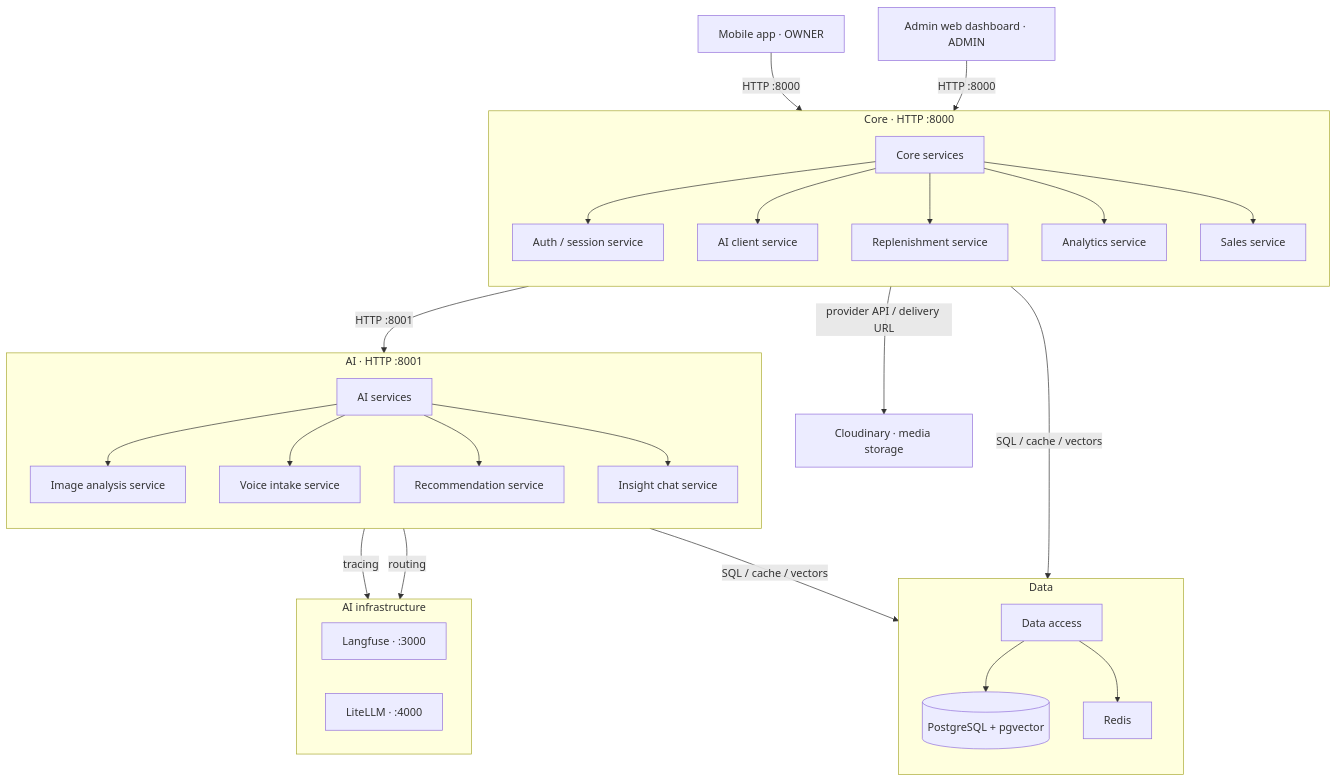
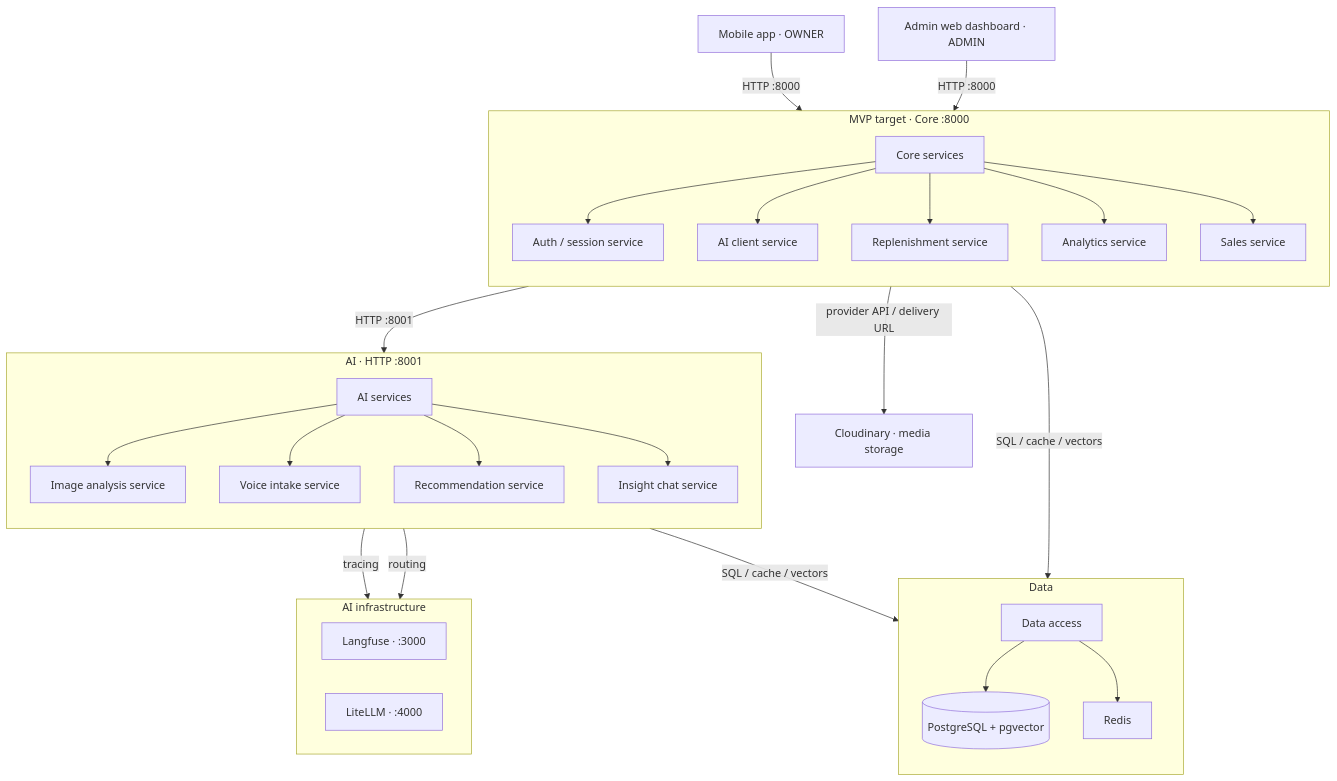
Before and after one commit to miphu2804/smart-ledger: the diagram in docs/architecture/diagrams/src/architecture.mmd, drawn with Mermaid. The commit also changed 24 other files, not shown here.

Commit message:
docs(core): align documentation and diagrams with implementation

```diff
--- a/docs/architecture/diagrams/src/architecture.mmd
+++ b/docs/architecture/diagrams/src/architecture.mmd
@@ -1,59 +1,59 @@
 %% SmartLedger — MVP target architecture
 %% Rendered: ../images/architecture.svg, ../images/architecture.png
 %% Editable: architecture.drawio
 flowchart TB
     mobile["Mobile app · OWNER"]
     admin_web["Admin web dashboard · ADMIN"]
     cloudinary["Cloudinary · media storage"]
 
-    subgraph core["Core · HTTP :8000"]
+    subgraph core["MVP target · Core :8000"]
         direction TB
         core_hub["Core services"]
         auth["Auth / session service"]
         ai_client["AI client service"]
         replenishment["Replenishment service"]
         analytics["Analytics service"]
         sales["Sales service"]
         core_hub --> auth
         core_hub --> ai_client
         core_hub --> replenishment
         core_hub --> analytics
         core_hub --> sales
     end
 
     subgraph data["Data"]
         direction TB
         data_access["Data access"]
         postgres[("PostgreSQL + pgvector")]
         redis["Redis"]
         data_access --> postgres
         data_access --> redis
     end
 
     subgraph ai_infra["AI infrastructure"]
         direction LR
         langfuse["Langfuse · :3000"]
         litellm["LiteLLM · :4000"]
     end
 
     subgraph ai["AI · HTTP :8001"]
         direction TB
         ai_hub["AI services"]
         ai_image["Image analysis service"]
         ai_voice["Voice intake service"]
         ai_rec["Recommendation service"]
         ai_chat["Insight chat service"]
         ai_hub --> ai_image
         ai_hub --> ai_voice
         ai_hub --> ai_rec
         ai_hub --> ai_chat
     end
 
     mobile -->|"HTTP :8000"| core_hub
     admin_web -->|"HTTP :8000"| core_hub
     core_hub -->|"SQL / cache / vectors"| data_access
     core_hub -->|"provider API / delivery URL"| cloudinary
     core_hub -->|"HTTP :8001"| ai_hub
     ai_hub -->|"SQL / cache / vectors"| data_access
     ai_hub -->|"tracing"| langfuse
     ai_hub -->|"routing"| litellm
```
